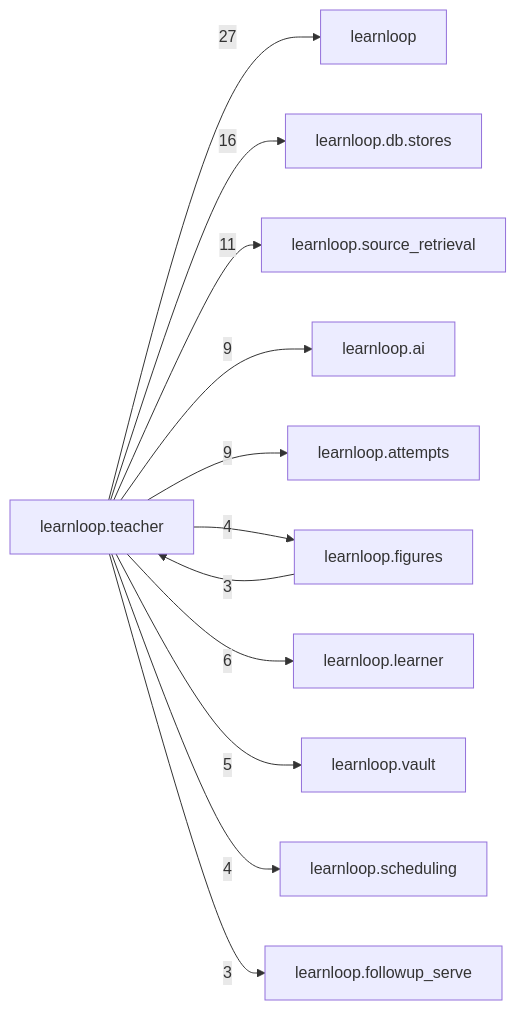
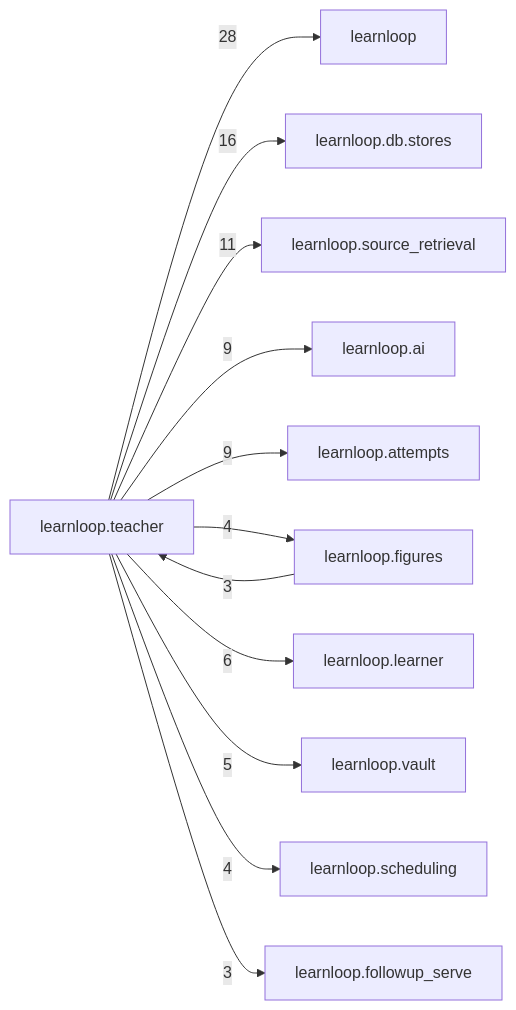
One commit to 6up-b/learnanything changed the diagram in docs/learnloop-architecture-vault/Reference/Modules/learnloop/teacher/_package.md. Above: the diagram before and after it, drawn with Mermaid. The commit also changed other lines of this file and 59 other files, not shown here.

````diff
--- a/docs/learnloop-architecture-vault/Reference/Modules/learnloop/teacher/_package.md
+++ b/docs/learnloop-architecture-vault/Reference/Modules/learnloop/teacher/_package.md
@@ -122,25 +122,25 @@
 ```mermaid
 flowchart LR
     center["learnloop.teacher"]
     n_learnloop["learnloop"]
     n_learnloop_db_stores["learnloop.db.stores"]
     n_learnloop_source_retrieval["learnloop.source_retrieval"]
     n_learnloop_ai["learnloop.ai"]
     n_learnloop_attempts["learnloop.attempts"]
     n_learnloop_figures["learnloop.figures"]
     n_learnloop_learner["learnloop.learner"]
     n_learnloop_vault["learnloop.vault"]
     n_learnloop_scheduling["learnloop.scheduling"]
     n_learnloop_followup_serve["learnloop.followup_serve"]
-    center -->|27| n_learnloop
+    center -->|28| n_learnloop
     center -->|16| n_learnloop_db_stores
     center -->|11| n_learnloop_source_retrieval
     center -->|9| n_learnloop_ai
     center -->|9| n_learnloop_attempts
     n_learnloop_figures -->|3| center
     center -->|4| n_learnloop_figures
     center -->|6| n_learnloop_learner
     center -->|5| n_learnloop_vault
     center -->|4| n_learnloop_scheduling
     center -->|3| n_learnloop_followup_serve
 ```
````
